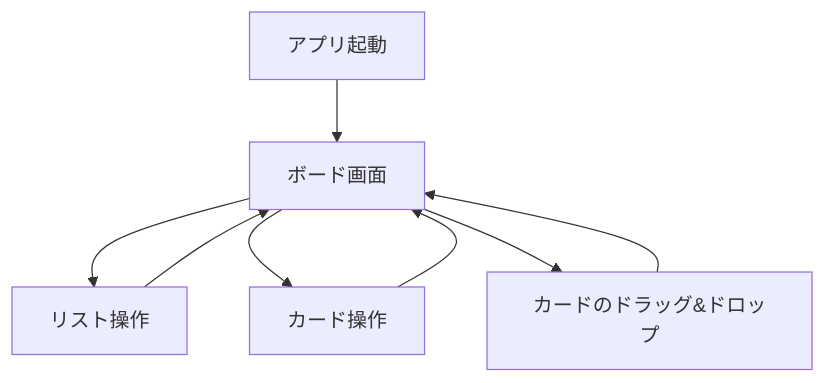
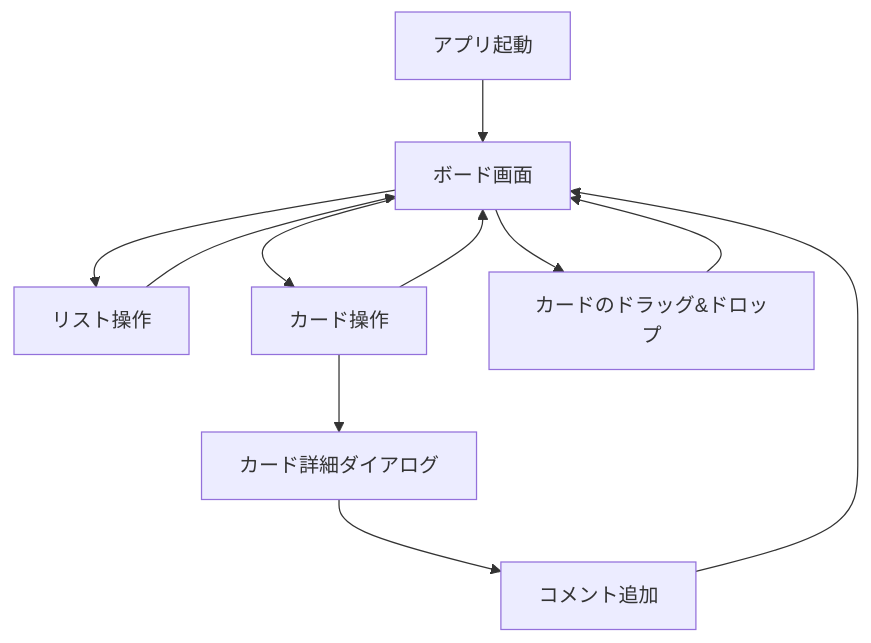
The first of 2 diagrams in docs/screen-design.md (kasisu/taskapp), drawn with Mermaid before and after one commit. The commit also changed other lines of this file and 6 other files, not shown here.

````diff
--- a/docs/screen-design.md
+++ b/docs/screen-design.md
@@ -7,10 +7,13 @@
 ```mermaid
 flowchart TD
   App[アプリ起動] --> Board[ボード画面]
   Board --> ListAction[リスト操作]
   Board --> CardAction[カード操作]
+  CardAction --> Detail[カード詳細ダイアログ]
+  Detail --> Comment[コメント追加]
+  Comment --> Board
   Board --> Drag[カードのドラッグ&ドロップ]
   ListAction --> Board
   CardAction --> Board
   Drag --> Board
 ```
````
